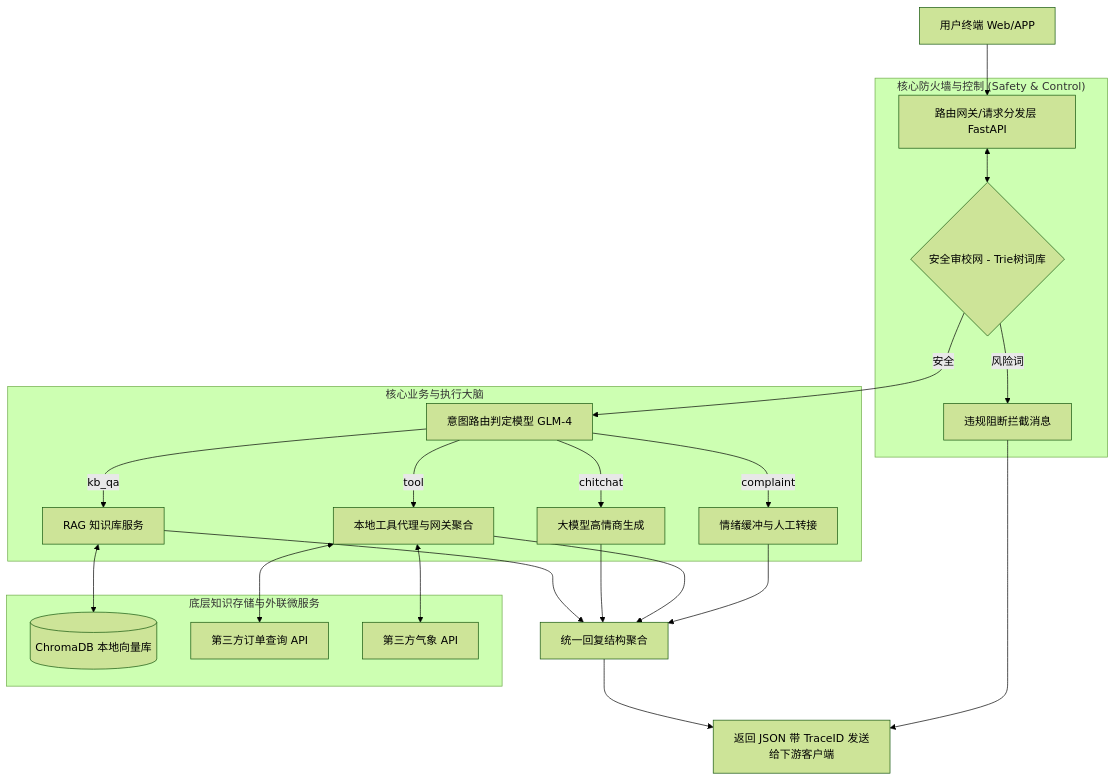
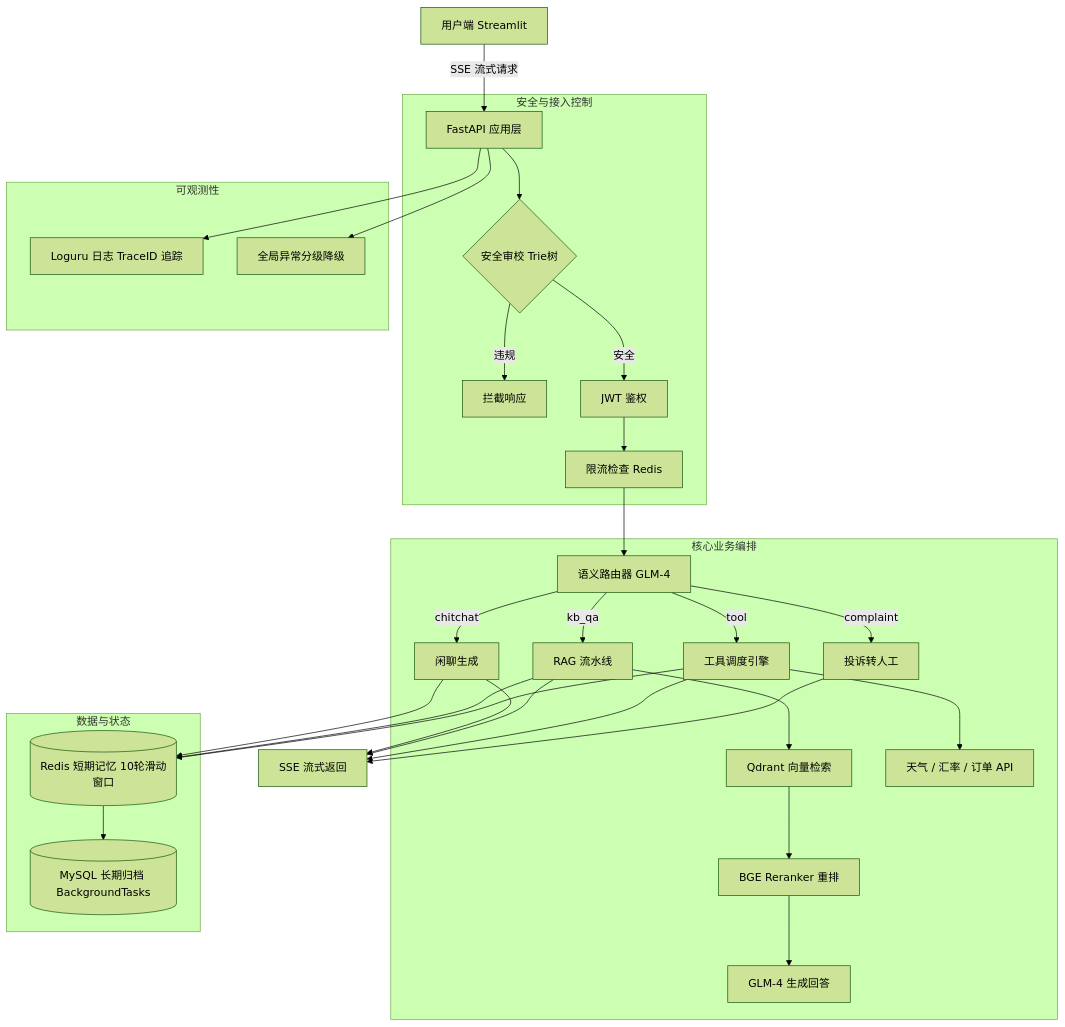
The diagram in README.md (z2123668062/AI-Customer-Service), drawn with Mermaid (forest theme) before and after one commit. The commit also changed other lines of this file and 3 other files, not shown here.

````diff
--- a/README.md
+++ b/README.md
@@ -64,32 +129,42 @@
 ```mermaid
 flowchart TD
-    A[用户终端 Web/APP] --> B[路由网关/请求分发层 FastAPI]
-    
-    subgraph "核心防火墙与控制 (Safety & Control)"
-        B <--> C{安全审校网 - Trie树词库}
-        C --风险词--> Z[违规阻断拦截消息]
+    A[用户端 Streamlit] -->|SSE 流式请求| B[FastAPI 应用层]
+
+    subgraph 安全与接入控制
+        B --> C{安全审校 Trie树}
+        C --违规--> Z[拦截响应]
+        C --安全--> D[JWT 鉴权]
+        D --> E[限流检查 Redis]
     end
 
-    C --安全--> D[意图路由判定模型 GLM-4]
-    
-    subgraph "核心业务与执行大脑"
-        D -->|kb_qa| E[RAG 知识库服务]
-        D -->|chitchat| F[大模型高情商生成]
-        D -->|tool| G[本地工具代理与网关聚合]
-        D -->|complaint| H[情绪缓冲与人工转接]
-    end
-    
-    subgraph "底层知识存储与外联微服务"
-        E <--> I[(ChromaDB 本地向量库)]
-        G <--> J[第三方订单查询 API]
-        G <--> K[第三方气象 API]
+    subgraph 核心业务编排
+        E --> F[语义路由器 GLM-4]
+        F -->|chitchat| G[闲聊生成]
+        F -->|kb_qa| H[RAG 流水线]
+        F -->|tool| I[工具调度引擎]
+        F -->|complaint| J[投诉转人工]
+
+        H --> H1[Qdrant 向量检索]
+        H1 --> H2[BGE Reranker 重排]
+        H2 --> H3[GLM-4 生成回答]
+
+        I --> I1[天气 / 汇率 / 订单 API]
     end
 
-    E --> L[统一回复结构聚合]
-    F --> L
-    G --> L
-    H --> L
-    
-    L --> M[返回 JSON 带 TraceID 发送给下游客户端]
-    Z --> M
+    subgraph 数据与状态
+        G --> K[(Redis 短期记忆 10轮滑动窗口)]
+        H --> K
+        I --> K
+        K --> L[(MySQL 长期归档 BackgroundTasks)]
+    end
+
+    subgraph 可观测性
+        B --> M[Loguru 日志 TraceID 追踪]
+        B --> N[全局异常分级降级]
+    end
+
+    G --> O[SSE 流式返回]
+    H --> O
+    I --> O
+    J --> O
 ```
````
